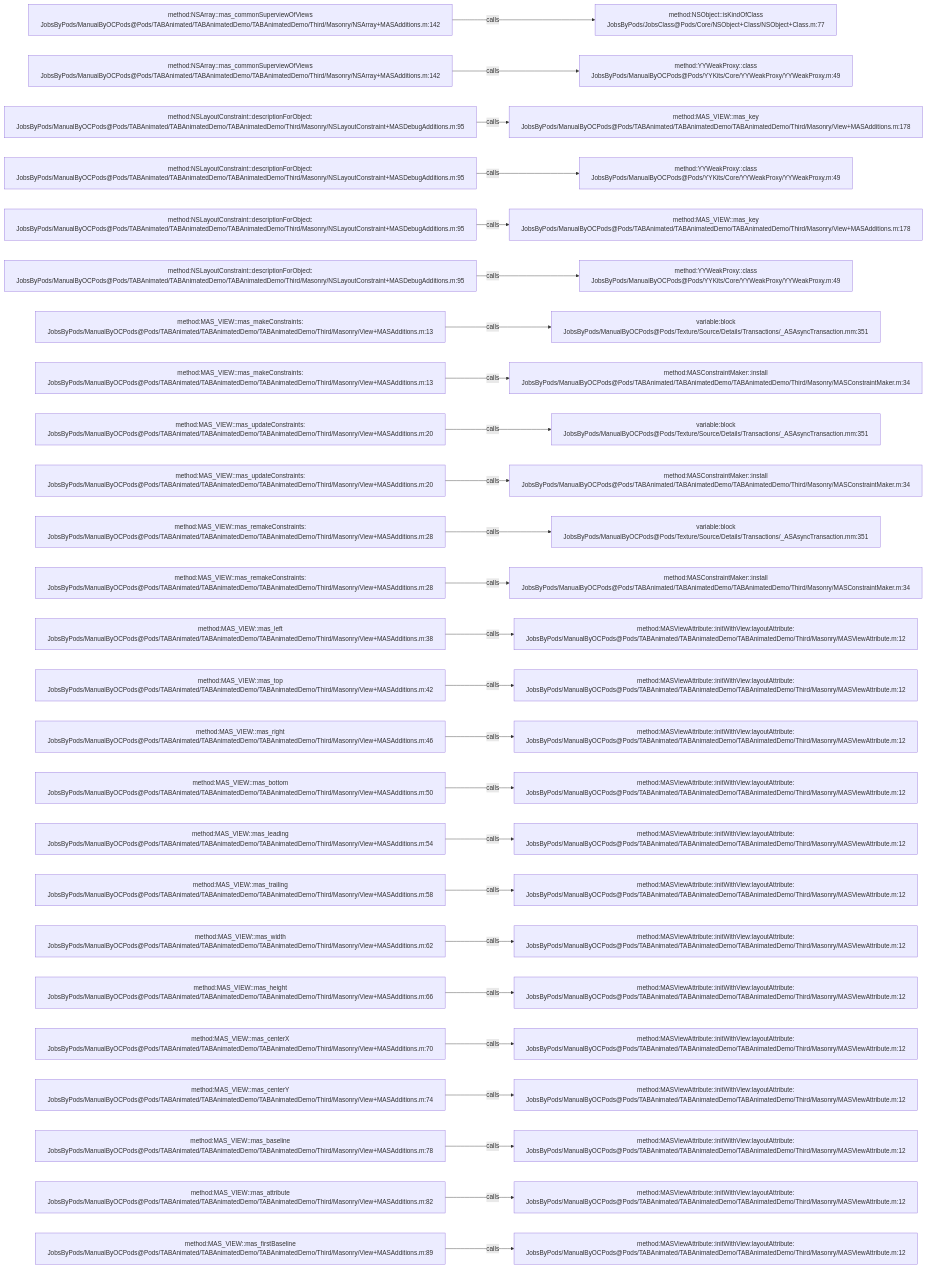
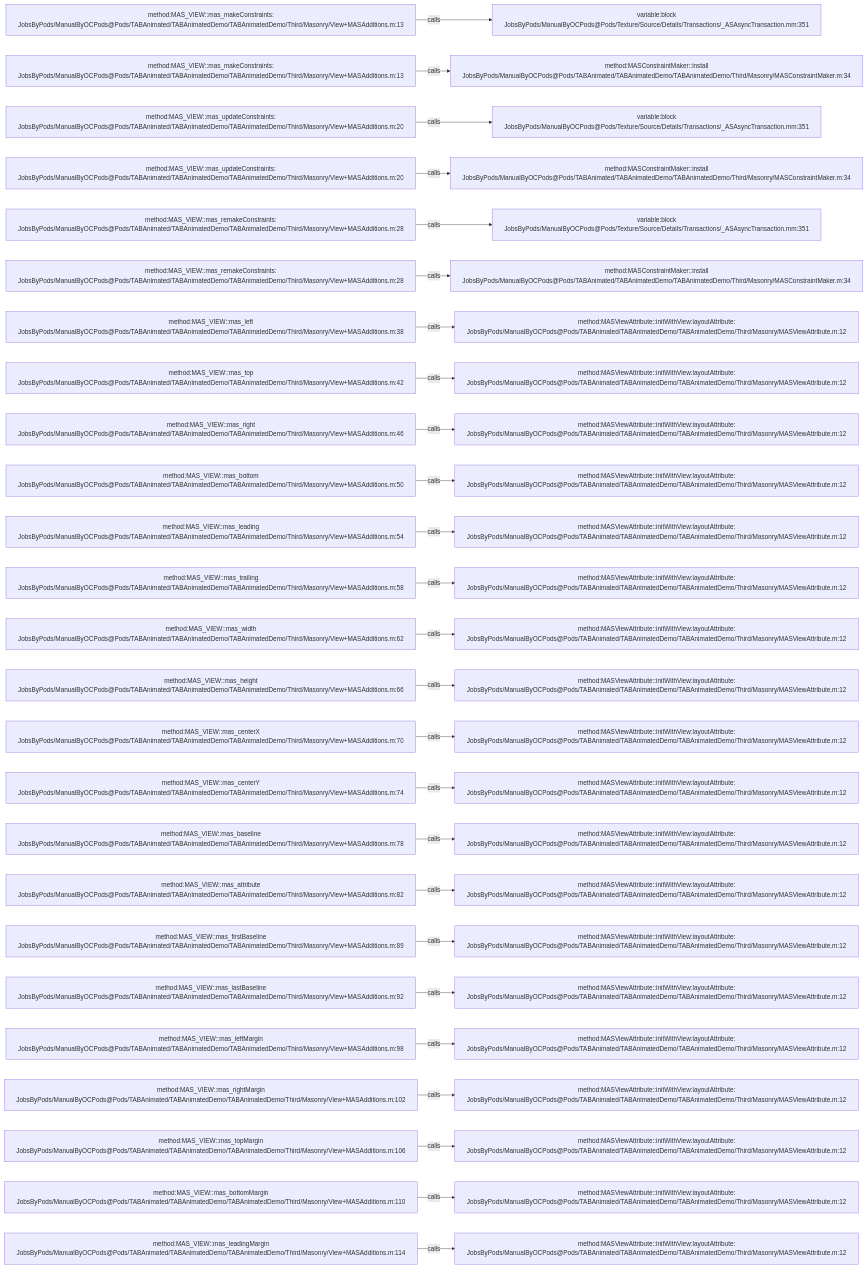
The diagram in .codegraph/codegraph.md/graphs/calls-038.md (JobsKits/JobsOCBaseConfigDemo), drawn with Mermaid before and after one commit. The commit also changed 666 other files, not shown here.

````diff
--- a/.codegraph/codegraph.md/graphs/calls-038.md
+++ b/.codegraph/codegraph.md/graphs/calls-038.md
@@ -13,78 +13,78 @@
 ```mermaid
 flowchart LR
-  S1["method:NSArray::mas_commonSuperviewOfViews<br/>JobsByPods/ManualByOCPods@Pods/TABAnimated/TABAnimatedDemo/TABAnimatedDemo/Third/Masonry/NSArray+MASAdditions.m:142"]
-  T1["method:NSObject::isKindOfClass<br/>JobsByPods/JobsClass@Pods/Core/NSObject+Class/NSObject+Class.m:77"]
+  S1["method:MAS_VIEW::mas_makeConstraints:<br/>JobsByPods/ManualByOCPods@Pods/TABAnimated/TABAnimatedDemo/TABAnimatedDemo/Third/Masonry/View+MASAdditions.m:13"]
+  T1["variable:block<br/>JobsByPods/ManualByOCPods@Pods/Texture/Source/Details/Transactions/_ASAsyncTransaction.mm:351"]
   S1 -->|calls| T1
-  S2["method:NSArray::mas_commonSuperviewOfViews<br/>JobsByPods/ManualByOCPods@Pods/TABAnimated/TABAnimatedDemo/TABAnimatedDemo/Third/Masonry/NSArray+MASAdditions.m:142"]
-  T2["method:YYWeakProxy::class<br/>JobsByPods/ManualByOCPods@Pods/YYKits/Core/YYWeakProxy/YYWeakProxy.m:49"]
+  S2["method:MAS_VIEW::mas_makeConstraints:<br/>JobsByPods/ManualByOCPods@Pods/TABAnimated/TABAnimatedDemo/TABAnimatedDemo/Third/Masonry/View+MASAdditions.m:13"]
+  T2["method:MASConstraintMaker::install<br/>JobsByPods/ManualByOCPods@Pods/TABAnimated/TABAnimatedDemo/TABAnimatedDemo/Third/Masonry/MASConstraintMaker.m:34"]
   S2 -->|calls| T2
-  S3["method:NSLayoutConstraint::descriptionForObject:<br/>JobsByPods/ManualByOCPods@Pods/TABAnimated/TABAnimatedDemo/TABAnimatedDemo/Third/Masonry/NSLayoutConstraint+MASDebugAdditions.m:95"]
-  T3["method:MAS_VIEW::mas_key<br/>JobsByPods/ManualByOCPods@Pods/TABAnimated/TABAnimatedDemo/TABAnimatedDemo/Third/Masonry/View+MASAdditions.m:178"]
+  S3["method:MAS_VIEW::mas_updateConstraints:<br/>JobsByPods/ManualByOCPods@Pods/TABAnimated/TABAnimatedDemo/TABAnimatedDemo/Third/Masonry/View+MASAdditions.m:20"]
+  T3["variable:block<br/>JobsByPods/ManualByOCPods@Pods/Texture/Source/Details/Transactions/_ASAsyncTransaction.mm:351"]
   S3 -->|calls| T3
-  S4["method:NSLayoutConstraint::descriptionForObject:<br/>JobsByPods/ManualByOCPods@Pods/TABAnimated/TABAnimatedDemo/TABAnimatedDemo/Third/Masonry/NSLayoutConstraint+MASDebugAdditions.m:95"]
-  T4["method:YYWeakProxy::class<br/>JobsByPods/ManualByOCPods@Pods/YYKits/Core/YYWeakProxy/YYWeakProxy.m:49"]
+  S4["method:MAS_VIEW::mas_updateConstraints:<br/>JobsByPods/ManualByOCPods@Pods/TABAnimated/TABAnimatedDemo/TABAnimatedDemo/Third/Masonry/View+MASAdditions.m:20"]
+  T4["method:MASConstraintMaker::install<br/>JobsByPods/ManualByOCPods@Pods/TABAnimated/TABAnimatedDemo/TABAnimatedDemo/Third/Masonry/MASConstraintMaker.m:34"]
   S4 -->|calls| T4
-  S5["method:NSLayoutConstraint::descriptionForObject:<br/>JobsByPods/ManualByOCPods@Pods/TABAnimated/TABAnimatedDemo/TABAnimatedDemo/Third/Masonry/NSLayoutConstraint+MASDebugAdditions.m:95"]
-  T5["method:MAS_VIEW::mas_key<br/>JobsByPods/ManualByOCPods@Pods/TABAnimated/TABAnimatedDemo/TABAnimatedDemo/Third/Masonry/View+MASAdditions.m:178"]
+  S5["method:MAS_VIEW::mas_remakeConstraints:<br/>JobsByPods/ManualByOCPods@Pods/TABAnimated/TABAnimatedDemo/TABAnimatedDemo/Third/Masonry/View+MASAdditions.m:28"]
+  T5["variable:block<br/>JobsByPods/ManualByOCPods@Pods/Texture/Source/Details/Transactions/_ASAsyncTransaction.mm:351"]
   S5 -->|calls| T5
-  S6["method:NSLayoutConstraint::descriptionForObject:<br/>JobsByPods/ManualByOCPods@Pods/TABAnimated/TABAnimatedDemo/TABAnimatedDemo/Third/Masonry/NSLayoutConstraint+MASDebugAdditions.m:95"]
-  T6["method:YYWeakProxy::class<br/>JobsByPods/ManualByOCPods@Pods/YYKits/Core/YYWeakProxy/YYWeakProxy.m:49"]
+  S6["method:MAS_VIEW::mas_remakeConstraints:<br/>JobsByPods/ManualByOCPods@Pods/TABAnimated/TABAnimatedDemo/TABAnimatedDemo/Third/Masonry/View+MASAdditions.m:28"]
+  T6["method:MASConstraintMaker::install<br/>JobsByPods/ManualByOCPods@Pods/TABAnimated/TABAnimatedDemo/TABAnimatedDemo/Third/Masonry/MASConstraintMaker.m:34"]
   S6 -->|calls| T6
-  S7["method:MAS_VIEW::mas_makeConstraints:<br/>JobsByPods/ManualByOCPods@Pods/TABAnimated/TABAnimatedDemo/TABAnimatedDemo/Third/Masonry/View+MASAdditions.m:13"]
-  T7["variable:block<br/>JobsByPods/ManualByOCPods@Pods/Texture/Source/Details/Transactions/_ASAsyncTransaction.mm:351"]
+  S7["method:MAS_VIEW::mas_left<br/>JobsByPods/ManualByOCPods@Pods/TABAnimated/TABAnimatedDemo/TABAnimatedDemo/Third/Masonry/View+MASAdditions.m:38"]
+  T7["method:MASViewAttribute::initWithView:layoutAttribute:<br/>JobsByPods/ManualByOCPods@Pods/TABAnimated/TABAnimatedDemo/TABAnimatedDemo/Third/Masonry/MASViewAttribute.m:12"]
   S7 -->|calls| T7
-  S8["method:MAS_VIEW::mas_makeConstraints:<br/>JobsByPods/ManualByOCPods@Pods/TABAnimated/TABAnimatedDemo/TABAnimatedDemo/Third/Masonry/View+MASAdditions.m:13"]
-  T8["method:MASConstraintMaker::install<br/>JobsByPods/ManualByOCPods@Pods/TABAnimated/TABAnimatedDemo/TABAnimatedDemo/Third/Masonry/MASConstraintMaker.m:34"]
+  S8["method:MAS_VIEW::mas_top<br/>JobsByPods/ManualByOCPods@Pods/TABAnimated/TABAnimatedDemo/TABAnimatedDemo/Third/Masonry/View+MASAdditions.m:42"]
+  T8["method:MASViewAttribute::initWithView:layoutAttribute:<br/>JobsByPods/ManualByOCPods@Pods/TABAnimated/TABAnimatedDemo/TABAnimatedDemo/Third/Masonry/MASViewAttribute.m:12"]
   S8 -->|calls| T8
-  S9["method:MAS_VIEW::mas_updateConstraints:<br/>JobsByPods/ManualByOCPods@Pods/TABAnimated/TABAnimatedDemo/TABAnimatedDemo/Third/Masonry/View+MASAdditions.m:20"]
-  T9["variable:block<br/>JobsByPods/ManualByOCPods@Pods/Texture/Source/Details/Transactions/_ASAsyncTransaction.mm:351"]
+  S9["method:MAS_VIEW::mas_right<br/>JobsByPods/ManualByOCPods@Pods/TABAnimated/TABAnimatedDemo/TABAnimatedDemo/Third/Masonry/View+MASAdditions.m:46"]
+  T9["method:MASViewAttribute::initWithView:layoutAttribute:<br/>JobsByPods/ManualByOCPods@Pods/TABAnimated/TABAnimatedDemo/TABAnimatedDemo/Third/Masonry/MASViewAttribute.m:12"]
   S9 -->|calls| T9
-  S10["method:MAS_VIEW::mas_updateConstraints:<br/>JobsByPods/ManualByOCPods@Pods/TABAnimated/TABAnimatedDemo/TABAnimatedDemo/Third/Masonry/View+MASAdditions.m:20"]
-  T10["method:MASConstraintMaker::install<br/>JobsByPods/ManualByOCPods@Pods/TABAnimated/TABAnimatedDemo/TABAnimatedDemo/Third/Masonry/MASConstraintMaker.m:34"]
+  S10["method:MAS_VIEW::mas_bottom<br/>JobsByPods/ManualByOCPods@Pods/TABAnimated/TABAnimatedDemo/TABAnimatedDemo/Third/Masonry/View+MASAdditions.m:50"]
+  T10["method:MASViewAttribute::initWithView:layoutAttribute:<br/>JobsByPods/ManualByOCPods@Pods/TABAnimated/TABAnimatedDemo/TABAnimatedDemo/Third/Masonry/MASViewAttribute.m:12"]
   S10 -->|calls| T10
-  S11["method:MAS_VIEW::mas_remakeConstraints:<br/>JobsByPods/ManualByOCPods@Pods/TABAnimated/TABAnimatedDemo/TABAnimatedDemo/Third/Masonry/View+MASAdditions.m:28"]
-  T11["variable:block<br/>JobsByPods/ManualByOCPods@Pods/Texture/Source/Details/Transactions/_ASAsyncTransaction.mm:351"]
+  S11["method:MAS_VIEW::mas_leading<br/>JobsByPods/ManualByOCPods@Pods/TABAnimated/TABAnimatedDemo/TABAnimatedDemo/Third/Masonry/View+MASAdditions.m:54"]
+  T11["method:MASViewAttribute::initWithView:layoutAttribute:<br/>JobsByPods/ManualByOCPods@Pods/TABAnimated/TABAnimatedDemo/TABAnimatedDemo/Third/Masonry/MASViewAttribute.m:12"]
   S11 -->|calls| T11
-  S12["method:MAS_VIEW::mas_remakeConstraints:<br/>JobsByPods/ManualByOCPods@Pods/TABAnimated/TABAnimatedDemo/TABAnimatedDemo/Third/Masonry/View+MASAdditions.m:28"]
-  T12["method:MASConstraintMaker::install<br/>JobsByPods/ManualByOCPods@Pods/TABAnimated/TABAnimatedDemo/TABAnimatedDemo/Third/Masonry/MASConstraintMaker.m:34"]
+  S12["method:MAS_VIEW::mas_trailing<br/>JobsByPods/ManualByOCPods@Pods/TABAnimated/TABAnimatedDemo/TABAnimatedDemo/Third/Masonry/View+MASAdditions.m:58"]
+  T12["method:MASViewAttribute::initWithView:layoutAttribute:<br/>JobsByPods/ManualByOCPods@Pods/TABAnimated/TABAnimatedDemo/TABAnimatedDemo/Third/Masonry/MASViewAttribute.m:12"]
   S12 -->|calls| T12
-  S13["method:MAS_VIEW::mas_left<br/>JobsByPods/ManualByOCPods@Pods/TABAnimated/TABAnimatedDemo/TABAnimatedDemo/Third/Masonry/View+MASAdditions.m:38"]
+  S13["method:MAS_VIEW::mas_width<br/>JobsByPods/ManualByOCPods@Pods/TABAnimated/TABAnimatedDemo/TABAnimatedDemo/Third/Masonry/View+MASAdditions.m:62"]
   T13["method:MASViewAttribute::initWithView:layoutAttribute:<br/>JobsByPods/ManualByOCPods@Pods/TABAnimated/TABAnimatedDemo/TABAnimatedDemo/Third/Masonry/MASViewAttribute.m:12"]
   S13 -->|calls| T13
-  S14["method:MAS_VIEW::mas_top<br/>JobsByPods/ManualByOCPods@Pods/TABAnimated/TABAnimatedDemo/TABAnimatedDemo/Third/Masonry/View+MASAdditions.m:42"]
+  S14["method:MAS_VIEW::mas_height<br/>JobsByPods/ManualByOCPods@Pods/TABAnimated/TABAnimatedDemo/TABAnimatedDemo/Third/Masonry/View+MASAdditions.m:66"]
   T14["method:MASViewAttribute::initWithView:layoutAttribute:<br/>JobsByPods/ManualByOCPods@Pods/TABAnimated/TABAnimatedDemo/TABAnimatedDemo/Third/Masonry/MASViewAttribute.m:12"]
   S14 -->|calls| T14
-  S15["method:MAS_VIEW::mas_right<br/>JobsByPods/ManualByOCPods@Pods/TABAnimated/TABAnimatedDemo/TABAnimatedDemo/Third/Masonry/View+MASAdditions.m:46"]
+  S15["method:MAS_VIEW::mas_centerX<br/>JobsByPods/ManualByOCPods@Pods/TABAnimated/TABAnimatedDemo/TABAnimatedDemo/Third/Masonry/View+MASAdditions.m:70"]
   T15["method:MASViewAttribute::initWithView:layoutAttribute:<br/>JobsByPods/ManualByOCPods@Pods/TABAnimated/TABAnimatedDemo/TABAnimatedDemo/Third/Masonry/MASViewAttribute.m:12"]
   S15 -->|calls| T15
-  S16["method:MAS_VIEW::mas_bottom<br/>JobsByPods/ManualByOCPods@Pods/TABAnimated/TABAnimatedDemo/TABAnimatedDemo/Third/Masonry/View+MASAdditions.m:50"]
+  S16["method:MAS_VIEW::mas_centerY<br/>JobsByPods/ManualByOCPods@Pods/TABAnimated/TABAnimatedDemo/TABAnimatedDemo/Third/Masonry/View+MASAdditions.m:74"]
   T16["method:MASViewAttribute::initWithView:layoutAttribute:<br/>JobsByPods/ManualByOCPods@Pods/TABAnimated/TABAnimatedDemo/TABAnimatedDemo/Third/Masonry/MASViewAttribute.m:12"]
   S16 -->|calls| T16
-  S17["method:MAS_VIEW::mas_leading<br/>JobsByPods/ManualByOCPods@Pods/TABAnimated/TABAnimatedDemo/TABAnimatedDemo/Third/Masonry/View+MASAdditions.m:54"]
+  S17["method:MAS_VIEW::mas_baseline<br/>JobsByPods/ManualByOCPods@Pods/TABAnimated/TABAnimatedDemo/TABAnimatedDemo/Third/Masonry/View+MASAdditions.m:78"]
   T17["method:MASViewAttribute::initWithView:layoutAttribute:<br/>JobsByPods/ManualByOCPods@Pods/TABAnimated/TABAnimatedDemo/TABAnimatedDemo/Third/Masonry/MASViewAttribute.m:12"]
   S17 -->|calls| T17
-  S18["method:MAS_VIEW::mas_trailing<br/>JobsByPods/ManualByOCPods@Pods/TABAnimated/TABAnimatedDemo/TABAnimatedDemo/Third/Masonry/View+MASAdditions.m:58"]
+  S18["method:MAS_VIEW::mas_attribute<br/>JobsByPods/ManualByOCPods@Pods/TABAnimated/TABAnimatedDemo/TABAnimatedDemo/Third/Masonry/View+MASAdditions.m:82"]
   T18["method:MASViewAttribute::initWithView:layoutAttribute:<br/>JobsByPods/ManualByOCPods@Pods/TABAnimated/TABAnimatedDemo/TABAnimatedDemo/Third/Masonry/MASViewAttribute.m:12"]
   S18 -->|calls| T18
-  S19["method:MAS_VIEW::mas_width<br/>JobsByPods/ManualByOCPods@Pods/TABAnimated/TABAnimatedDemo/TABAnimatedDemo/Third/Masonry/View+MASAdditions.m:62"]
+  S19["method:MAS_VIEW::mas_firstBaseline<br/>JobsByPods/ManualByOCPods@Pods/TABAnimated/TABAnimatedDemo/TABAnimatedDemo/Third/Masonry/View+MASAdditions.m:89"]
   T19["method:MASViewAttribute::initWithView:layoutAttribute:<br/>JobsByPods/ManualByOCPods@Pods/TABAnimated/TABAnimatedDemo/TABAnimatedDemo/Third/Masonry/MASViewAttribute.m:12"]
   S19 -->|calls| T19
-  S20["method:MAS_VIEW::mas_height<br/>JobsByPods/ManualByOCPods@Pods/TABAnimated/TABAnimatedDemo/TABAnimatedDemo/Third/Masonry/View+MASAdditions.m:66"]
+  S20["method:MAS_VIEW::mas_lastBaseline<br/>JobsByPods/ManualByOCPods@Pods/TABAnimated/TABAnimatedDemo/TABAnimatedDemo/Third/Masonry/View+MASAdditions.m:92"]
   T20["method:MASViewAttribute::initWithView:layoutAttribute:<br/>JobsByPods/ManualByOCPods@Pods/TABAnimated/TABAnimatedDemo/TABAnimatedDemo/Third/Masonry/MASViewAttribute.m:12"]
   S20 -->|calls| T20
-  S21["method:MAS_VIEW::mas_centerX<br/>JobsByPods/ManualByOCPods@Pods/TABAnimated/TABAnimatedDemo/TABAnimatedDemo/Third/Masonry/View+MASAdditions.m:70"]
+  S21["method:MAS_VIEW::mas_leftMargin<br/>JobsByPods/ManualByOCPods@Pods/TABAnimated/TABAnimatedDemo/TABAnimatedDemo/Third/Masonry/View+MASAdditions.m:98"]
   T21["method:MASViewAttribute::initWithView:layoutAttribute:<br/>JobsByPods/ManualByOCPods@Pods/TABAnimated/TABAnimatedDemo/TABAnimatedDemo/Third/Masonry/MASViewAttribute.m:12"]
   S21 -->|calls| T21
-  S22["method:MAS_VIEW::mas_centerY<br/>JobsByPods/ManualByOCPods@Pods/TABAnimated/TABAnimatedDemo/TABAnimatedDemo/Third/Masonry/View+MASAdditions.m:74"]
+  S22["method:MAS_VIEW::mas_rightMargin<br/>JobsByPods/ManualByOCPods@Pods/TABAnimated/TABAnimatedDemo/TABAnimatedDemo/Third/Masonry/View+MASAdditions.m:102"]
   T22["method:MASViewAttribute::initWithView:layoutAttribute:<br/>JobsByPods/ManualByOCPods@Pods/TABAnimated/TABAnimatedDemo/TABAnimatedDemo/Third/Masonry/MASViewAttribute.m:12"]
   S22 -->|calls| T22
-  S23["method:MAS_VIEW::mas_baseline<br/>JobsByPods/ManualByOCPods@Pods/TABAnimated/TABAnimatedDemo/TABAnimatedDemo/Third/Masonry/View+MASAdditions.m:78"]
+  S23["method:MAS_VIEW::mas_topMargin<br/>JobsByPods/ManualByOCPods@Pods/TABAnimated/TABAnimatedDemo/TABAnimatedDemo/Third/Masonry/View+MASAdditions.m:106"]
   T23["method:MASViewAttribute::initWithView:layoutAttribute:<br/>JobsByPods/ManualByOCPods@Pods/TABAnimated/TABAnimatedDemo/TABAnimatedDemo/Third/Masonry/MASViewAttribute.m:12"]
   S23 -->|calls| T23
-  S24["method:MAS_VIEW::mas_attribute<br/>JobsByPods/ManualByOCPods@Pods/TABAnimated/TABAnimatedDemo/TABAnimatedDemo/Third/Masonry/View+MASAdditions.m:82"]
+  S24["method:MAS_VIEW::mas_bottomMargin<br/>JobsByPods/ManualByOCPods@Pods/TABAnimated/TABAnimatedDemo/TABAnimatedDemo/Third/Masonry/View+MASAdditions.m:110"]
   T24["method:MASViewAttribute::initWithView:layoutAttribute:<br/>JobsByPods/ManualByOCPods@Pods/TABAnimated/TABAnimatedDemo/TABAnimatedDemo/Third/Masonry/MASViewAttribute.m:12"]
   S24 -->|calls| T24
-  S25["method:MAS_VIEW::mas_firstBaseline<br/>JobsByPods/ManualByOCPods@Pods/TABAnimated/TABAnimatedDemo/TABAnimatedDemo/Third/Masonry/View+MASAdditions.m:89"]
+  S25["method:MAS_VIEW::mas_leadingMargin<br/>JobsByPods/ManualByOCPods@Pods/TABAnimated/TABAnimatedDemo/TABAnimatedDemo/Third/Masonry/View+MASAdditions.m:114"]
   T25["method:MASViewAttribute::initWithView:layoutAttribute:<br/>JobsByPods/ManualByOCPods@Pods/TABAnimated/TABAnimatedDemo/TABAnimatedDemo/Third/Masonry/MASViewAttribute.m:12"]
   S25 -->|calls| T25
 ```
````
